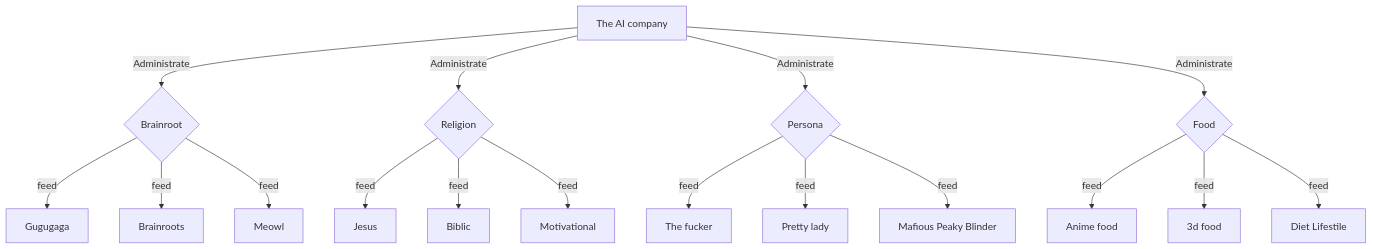
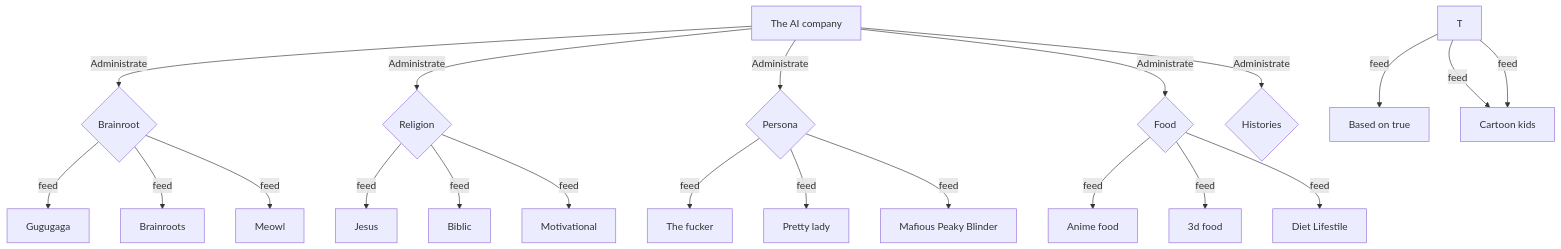
Before and after one commit to ColcheteDAO/AI: the diagram in org.md, drawn with Mermaid.

Commit message:
docs: based on true

````diff
--- a/org.md
+++ b/org.md
@@ -1,19 +1,23 @@
 ```mermaid
 flowchart TD
     A[The AI company] -->|Administrate| C{Brainroot}
     C -->|feed| D[Gugugaga]
     C -->|feed| E[Brainroots]
     C -->|feed| F[Meowl]
     A -->|Administrate| G{Religion}
     G -->|feed| H[Jesus]
     G -->|feed| I[Biblic]
     G -->|feed| J[Motivational]
     A -->|Administrate| K{Persona}
     K -->|feed| L[The fucker]
     K -->|feed| M[Pretty lady]
     K -->|feed| N[Mafious Peaky Blinder]
     A -->|Administrate| O{Food}
     O -->|feed| P[Anime food]
     O -->|feed| Q[3d food]
     O -->|feed| R[Diet Lifestile]
+    A -->|Administrate| S{Histories}
+    T -->|feed| U[Based on true]
+    T -->|feed| V[Novel]
+    T -->|feed| V[Cartoon kids]
 ```
````
